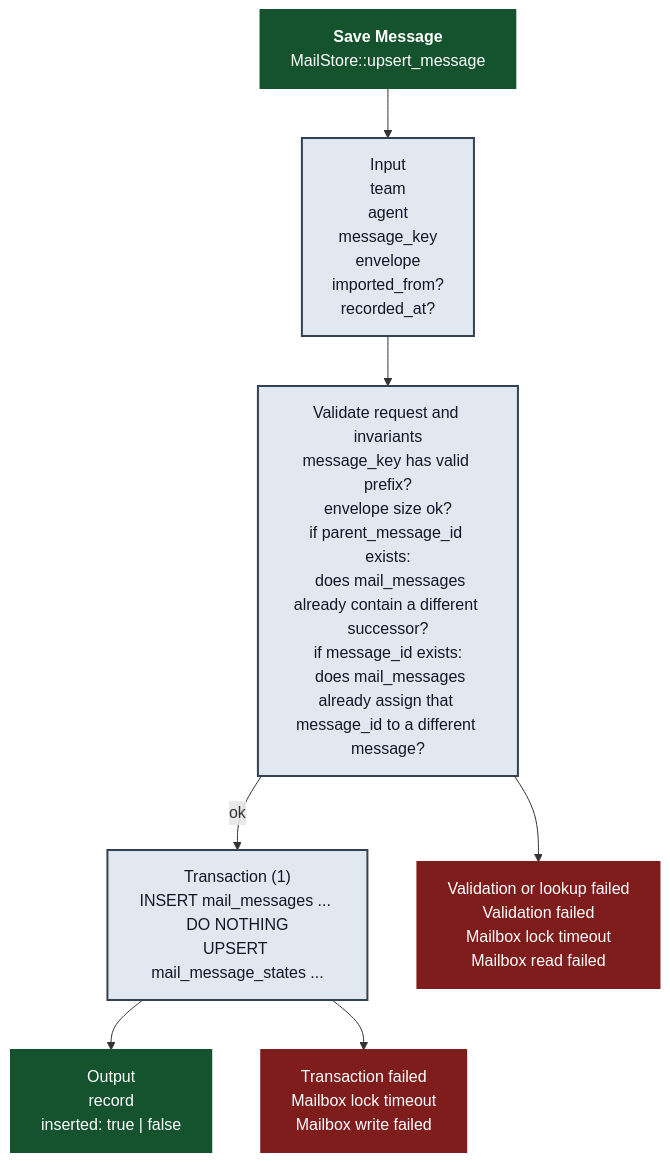
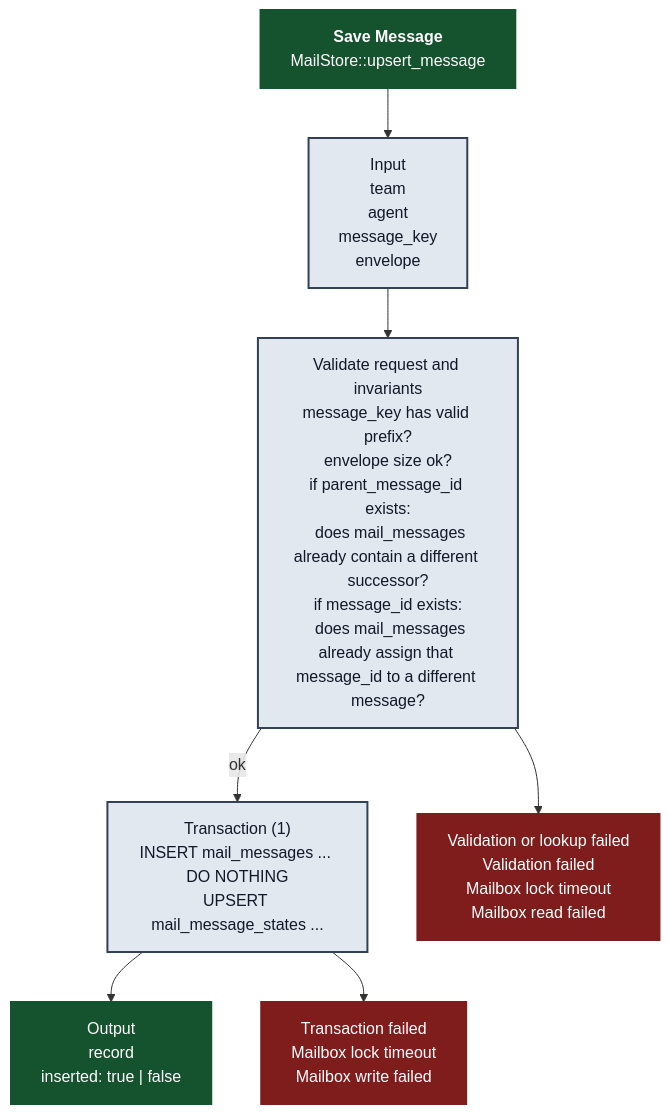
One commit to randlee/atm-core changed the diagram in docs/atm-rusqlite/sql_save-message.mmd. Above: the diagram before and after it, drawn with Mermaid. The commit also changed 29 other files, not shown here.

```diff
--- a/docs/atm-rusqlite/sql_save-message.mmd
+++ b/docs/atm-rusqlite/sql_save-message.mmd
@@ -1,44 +1,42 @@
 %% title: `Save Message`
 %% summary: SQLite boundary method `MailStore::upsert_message`.
-%% commentary: This SQL-boundary path stores immutable content in `mail_messages`, strips mutable fields out of the stored envelope, and writes the unified mutable projection into `mail_message_states`.
+%% commentary: This SQL-boundary path stores immutable content in `mail_messages`, lets the store stamp internal ingest timing, strips mutable fields out of the stored envelope, and writes the unified mutable projection into `mail_message_states`.
 %% read_tables: mail_messages
 %% write_tables: mail_messages, mail_message_states
 %% notes: reads before write: 0..2 | writes: 2 | transactions: 1
 %% sets: query
 flowchart TD
     A["<b>Save Message</b><br/>MailStore::upsert_message"]
     A --> I["Input
 team
 agent
 message_key
-envelope
-imported_from?
-recorded_at?"]
+envelope"]
     I --> V["Validate request and invariants
 message_key has valid prefix?
 envelope size ok?
 if parent_message_id exists:
   does mail_messages already contain a different successor?
 if message_id exists:
   does mail_messages already assign that message_id to a different message?"]
     V -->|ok| T["Transaction (1)
 INSERT mail_messages ... DO NOTHING
 UPSERT mail_message_states ..."]
     T --> O["Output
 record
 inserted: true | false"]
     V --> EV["Validation or lookup failed
 Validation failed
 Mailbox lock timeout
 Mailbox read failed"]
     T --> ET["Transaction failed
 Mailbox lock timeout
 Mailbox write failed"]
 
     classDef happy fill:#14532d,color:#ffffff,stroke:#14532d,stroke-width:2px;
     classDef error fill:#7f1d1d,color:#ffffff,stroke:#7f1d1d,stroke-width:2px;
     classDef neutral fill:#e2e8f0,color:#111827,stroke:#334155,stroke-width:2px;
 
     class A,O happy;
     class EV,ET error;
     class I,V,T neutral;
```
